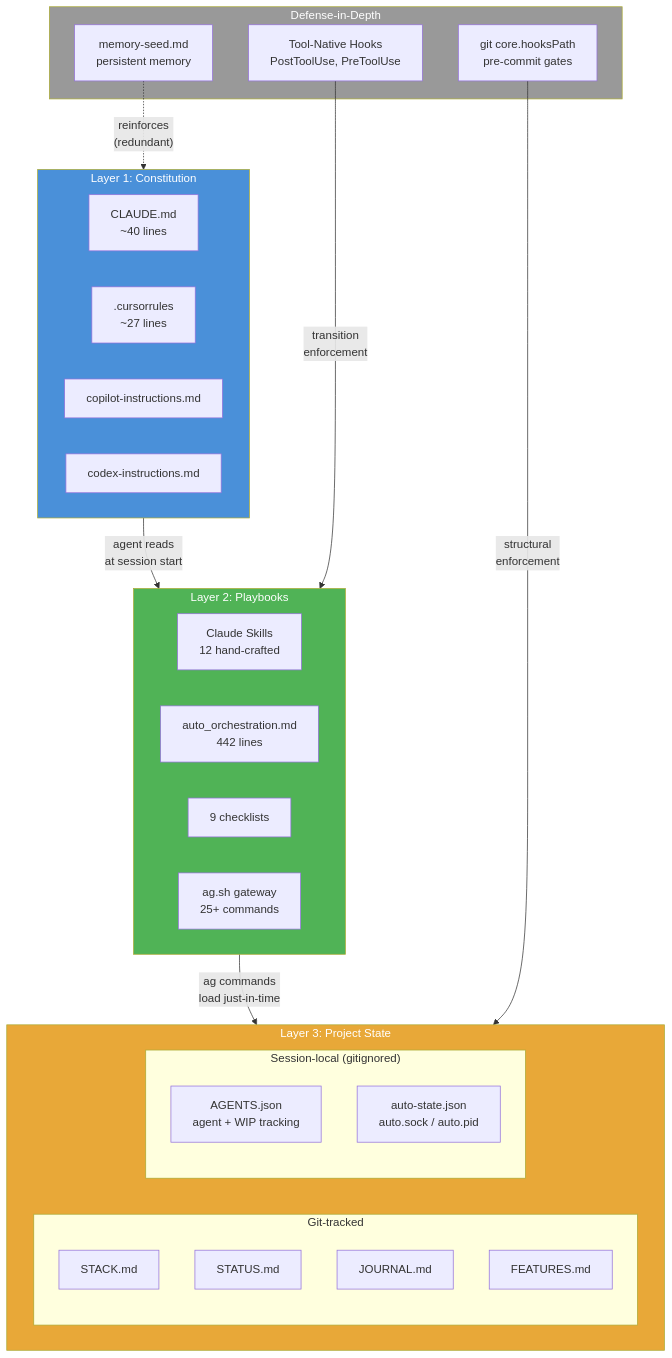
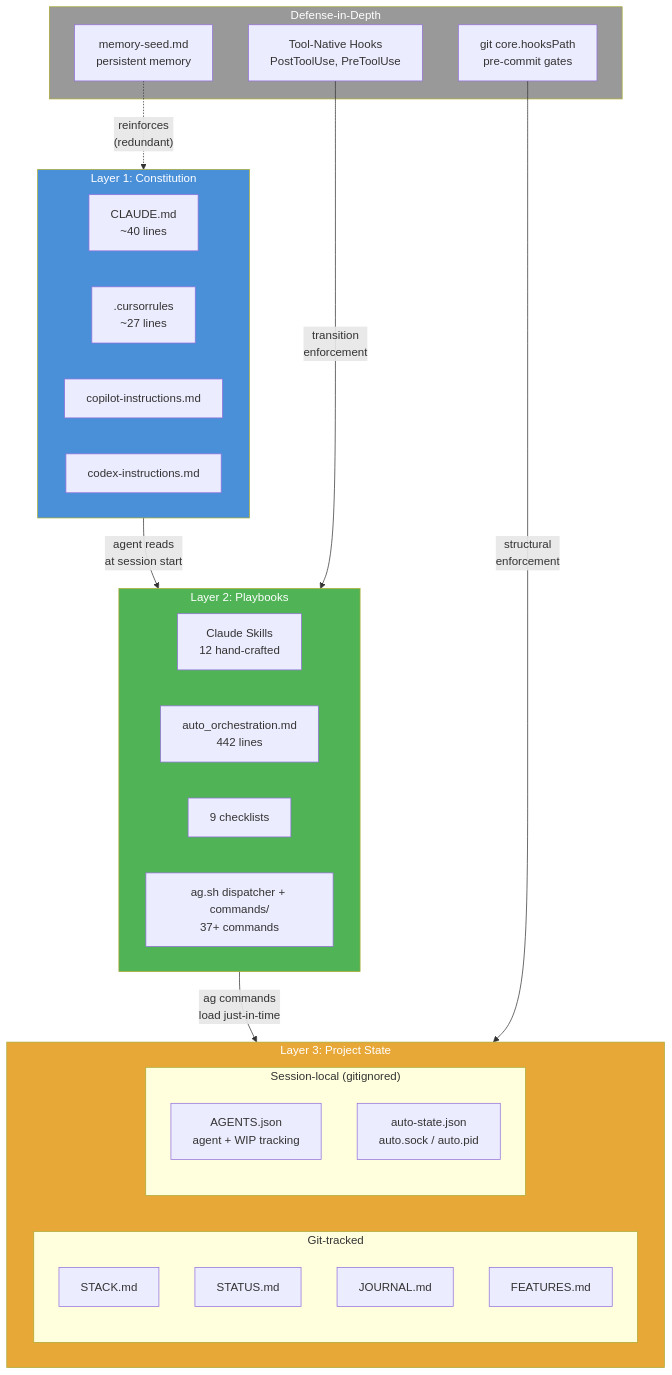
One commit to tomgun/agentic-framework changed the diagram in docs/INSTRUCTION_ARCHITECTURE.md. Above: the diagram before and after it, drawn with Mermaid. The commit also changed 4 other files, not shown here.

First line of the commit message:
docs(F-0221): update architecture docs for ag.sh decomposition

````diff
--- a/docs/INSTRUCTION_ARCHITECTURE.md
+++ b/docs/INSTRUCTION_ARCHITECTURE.md
@@ -38,46 +38,46 @@
 ```mermaid
 graph TB
     subgraph L1["Layer 1: Constitution"]
         CLAUDE[CLAUDE.md<br/>~40 lines]
         CURSOR[.cursorrules<br/>~27 lines]
         COPILOT[copilot-instructions.md]
         CODEX[codex-instructions.md]
     end
 
     subgraph L2["Layer 2: Playbooks"]
         SKILLS[Claude Skills<br/>12 hand-crafted]
         AUTO_ORCH[auto_orchestration.md<br/>442 lines]
         CHECKLISTS[9 checklists]
-        AG[ag.sh gateway<br/>25+ commands]
+        AG[ag.sh dispatcher + commands/<br/>37+ commands]
     end
 
     subgraph L3["Layer 3: Project State"]
         subgraph GIT_TRACKED["Git-tracked"]
             STACK[STACK.md]
             STATUS[STATUS.md]
             JOURNAL[JOURNAL.md]
             FEATURES[FEATURES.md]
         end
         subgraph SESSION["Session-local (gitignored)"]
             AGENTS_JSON[AGENTS.json<br/>agent + WIP tracking]
             AUTO_STATE[auto-state.json<br/>auto.sock / auto.pid]
         end
     end
 
     subgraph DEFENSE["Defense-in-Depth"]
         MEMORY[memory-seed.md<br/>persistent memory]
         GIT_HOOKS[git core.hooksPath<br/>pre-commit gates]
         TOOL_HOOKS[Tool-Native Hooks<br/>PostToolUse, PreToolUse]
     end
 
     L1 -->|"agent reads<br/>at session start"| L2
     L2 -->|"ag commands<br/>load just-in-time"| L3
     GIT_HOOKS -->|"structural<br/>enforcement"| L3
     TOOL_HOOKS -->|"transition<br/>enforcement"| L2
     MEMORY -.->|"reinforces<br/>(redundant)"| L1
 
     style L1 fill:#4a90d9,color:#fff
     style L2 fill:#50b356,color:#fff
     style L3 fill:#e8a838,color:#fff
     style DEFENSE fill:#999,color:#fff
 ```
````
